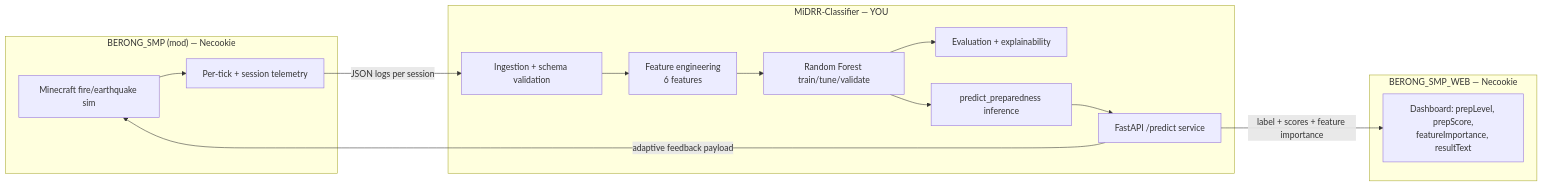
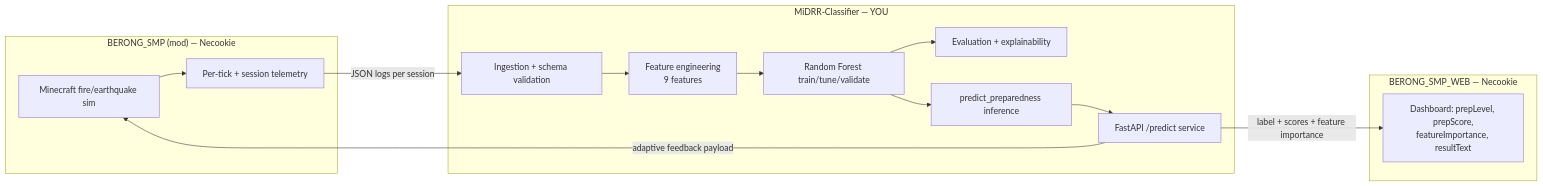
Before and after one commit to Kiko915/MiDRR-Classifier: the diagram in docs/MiDRR_ML_Development_Plan.md, drawn with Mermaid. The commit also changed other lines of this file and 9 other files, not shown here.

````diff
--- a/docs/MiDRR_ML_Development_Plan.md
+++ b/docs/MiDRR_ML_Development_Plan.md
@@ -47,19 +49,19 @@
 ```mermaid
 flowchart LR
     subgraph MOD["BERONG_SMP (mod) — Necookie"]
         A[Minecraft fire/earthquake sim] --> B[Per-tick + session telemetry]
     end
     subgraph YOURS["MiDRR-Classifier — YOU"]
-        C[Ingestion + schema validation] --> D[Feature engineering<br/>6 features]
+        C[Ingestion + schema validation] --> D[Feature engineering<br/>9 features]
         D --> E[Random Forest train/tune/validate]
         E --> F[Evaluation + explainability]
         E --> G[predict_preparedness inference]
         G --> H[FastAPI /predict service]
     end
     subgraph WEB["BERONG_SMP_WEB — Necookie"]
         I[Dashboard: prepLevel, prepScore,<br/>featureImportance, resultText]
     end
     B -->|JSON logs per session| C
     H -->|label + scores + feature importance| I
     H -->|adaptive feedback payload| A
 ```
````
